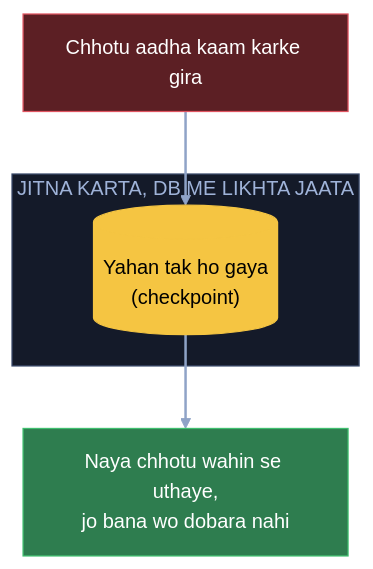
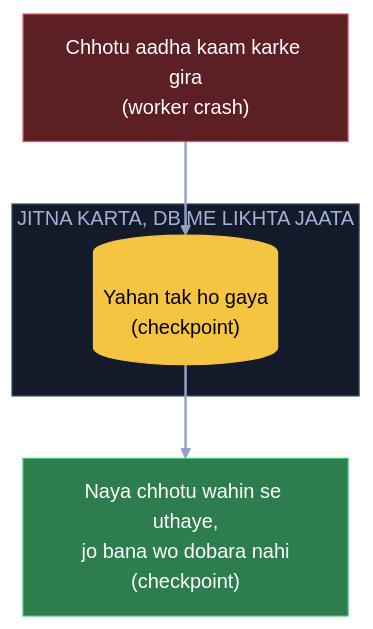
Diagram 16 of 22 in 04_HLD/SYSTEM_DESIGNS/13_banking_system/13_banking_system.md (ArpanMaheshwari144/Prep), drawn with Mermaid before and after one commit. The commit also changed other lines of this file and 20 other files, not shown here.

Commit message:
HLD main files: diagram me kahani shabd + bracket me asli naam (21 design, 182 label)

````diff
--- a/04_HLD/SYSTEM_DESIGNS/13_banking_system/13_banking_system.md
+++ b/04_HLD/SYSTEM_DESIGNS/13_banking_system/13_banking_system.md
@@ -611,16 +611,16 @@
 ```mermaid
 flowchart TB
-    C["Chhotu aadha kaam karke gira"]:::bad
+    C["Chhotu aadha kaam karke gira<br/>(worker crash)"]:::bad
     subgraph DB["JITNA KARTA, DB ME LIKHTA JAATA"]
         P[("Yahan tak ho gaya<br/>(checkpoint)")]:::pill
     end
-    N["Naya chhotu wahin se uthaye,<br/>jo bana wo dobara nahi"]:::good
+    N["Naya chhotu wahin se uthaye,<br/>jo bana wo dobara nahi<br/>(checkpoint)"]:::good
     C --> P
     P --> N
     linkStyle default stroke:#8fa3c7,stroke-width:2px
     classDef card fill:#1e2638,stroke:#3a4a6b,color:#e8ecf5
     classDef pill fill:#f5c542,stroke:#f5c542,color:#000
     classDef good fill:#2e7d4f,stroke:#3fbf6f,color:#fff
     classDef bad fill:#5c1f24,stroke:#e05561,color:#fff
     style DB fill:#141a29,stroke:#3a4a6b,color:#9fb3d9
 ```
````
